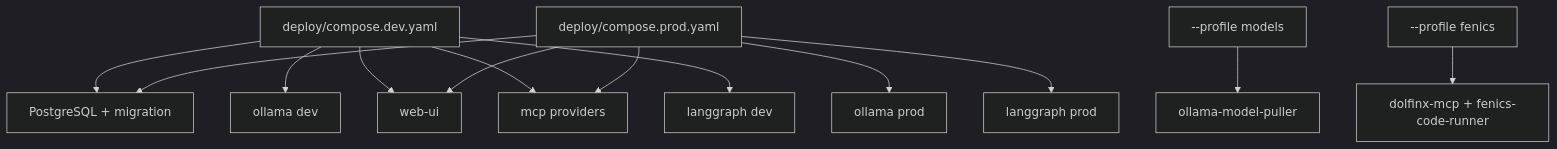
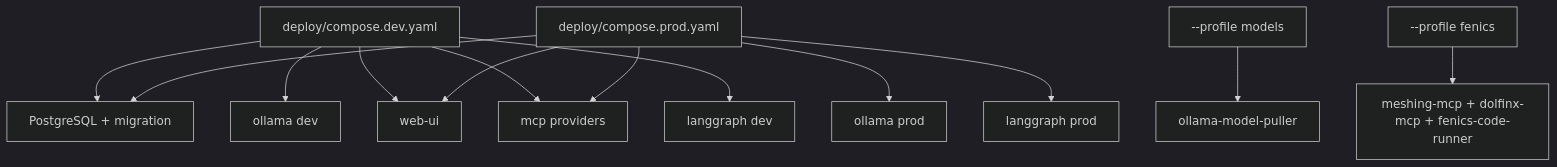
The tenth of 10 diagrams in docs/architecture.md (RadmirG/AES), drawn with Mermaid (dark theme) before and after one commit. The commit also changed other lines of this file and 60 other files, not shown here.

````diff
--- a/docs/architecture.md
+++ b/docs/architecture.md
@@ -297,17 +300,17 @@
 ```mermaid
 flowchart TD
     A["deploy/compose.dev.yaml"] --> DB["PostgreSQL + migration"]
     A --> B["ollama dev"]
     A --> C["web-ui"]
     A --> D["mcp providers"]
     A --> E["langgraph dev"]
 
     F["deploy/compose.prod.yaml"] --> DB
     F --> G["ollama prod"]
     F --> C
     F --> D
     F --> H["langgraph prod"]
 
     I["--profile models"] --> J["ollama-model-puller"]
-    K["--profile fenics"] --> L["dolfinx-mcp + fenics-code-runner"]
+    K["--profile fenics"] --> L["meshing-mcp + dolfinx-mcp + fenics-code-runner"]
 ```
````
